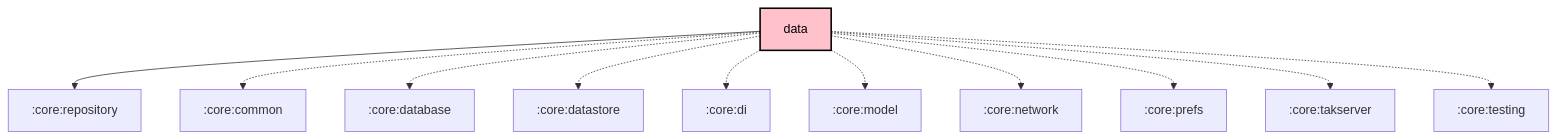
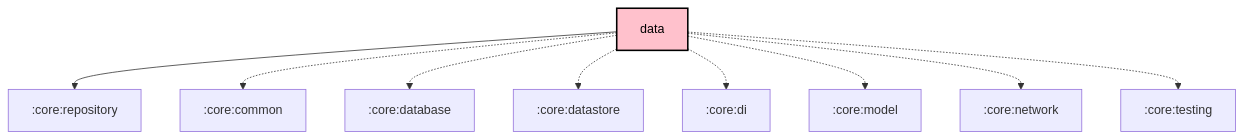
One commit to meshtastic/Meshtastic-Android changed the diagram in core/data/README.md. Above: the diagram before and after it, drawn with Mermaid. The commit also changed 14 other files, not shown here.

First line of the commit message:
chore: Scheduled updates (Graphs, Baseline Profile)

````diff
--- a/core/data/README.md
+++ b/core/data/README.md
@@ -21,28 +21,26 @@
 ```mermaid
 graph TB
   :core:data[data]:::kmp-library
   :core:data --> :core:repository
   :core:data -.-> :core:common
   :core:data -.-> :core:database
   :core:data -.-> :core:datastore
   :core:data -.-> :core:di
   :core:data -.-> :core:model
   :core:data -.-> :core:network
-  :core:data -.-> :core:prefs
-  :core:data -.-> :core:takserver
   :core:data -.-> :core:testing
 
 classDef android-application fill:#CAFFBF,stroke:#000,stroke-width:2px,color:#000;
 classDef android-application-compose fill:#CAFFBF,stroke:#000,stroke-width:2px,color:#000;
 classDef compose-desktop-application fill:#CAFFBF,stroke:#000,stroke-width:2px,color:#000;
 classDef android-feature fill:#FFD6A5,stroke:#000,stroke-width:2px,color:#000;
 classDef android-library fill:#9BF6FF,stroke:#000,stroke-width:2px,color:#000;
 classDef android-library-compose fill:#9BF6FF,stroke:#000,stroke-width:2px,color:#000;
 classDef android-test fill:#A0C4FF,stroke:#000,stroke-width:2px,color:#000;
 classDef jvm-library fill:#BDB2FF,stroke:#000,stroke-width:2px,color:#000;
 classDef kmp-feature fill:#FFD6A5,stroke:#000,stroke-width:2px,color:#000;
 classDef kmp-library-compose fill:#FFC1CC,stroke:#000,stroke-width:2px,color:#000;
 classDef kmp-library fill:#FFC1CC,stroke:#000,stroke-width:2px,color:#000;
 classDef unknown fill:#FFADAD,stroke:#000,stroke-width:2px,color:#000;
 
 ```
````
